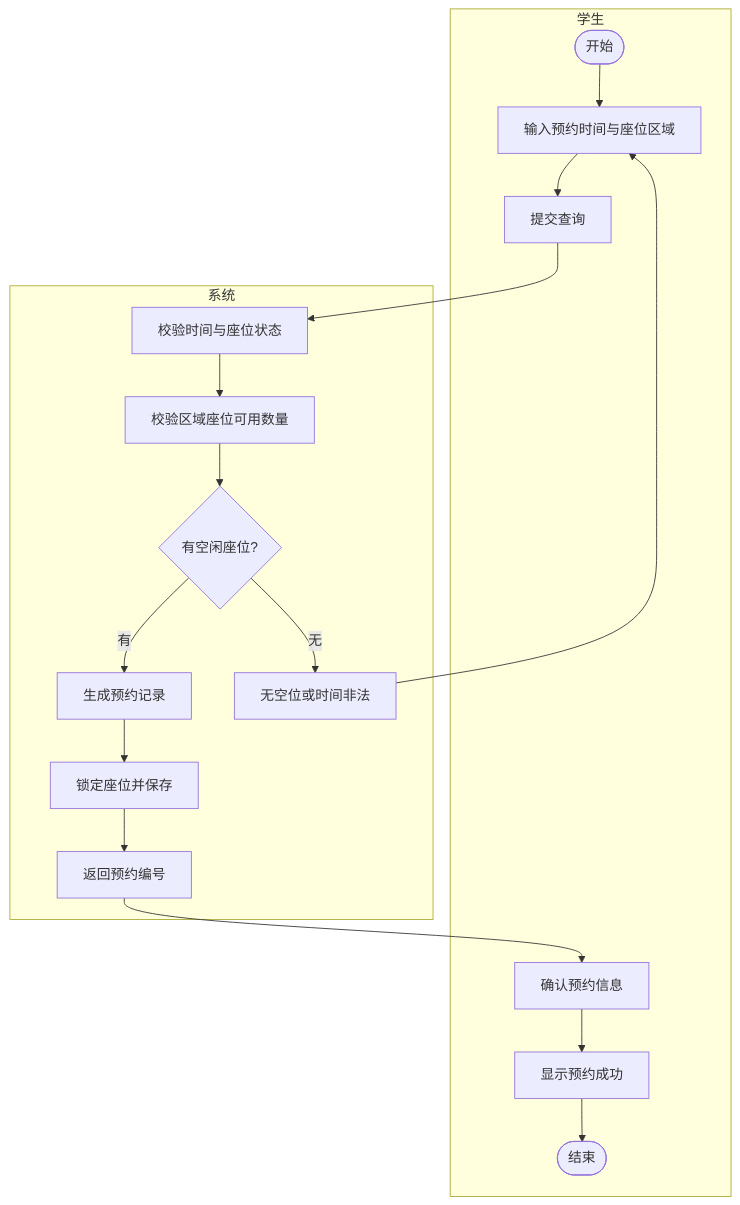
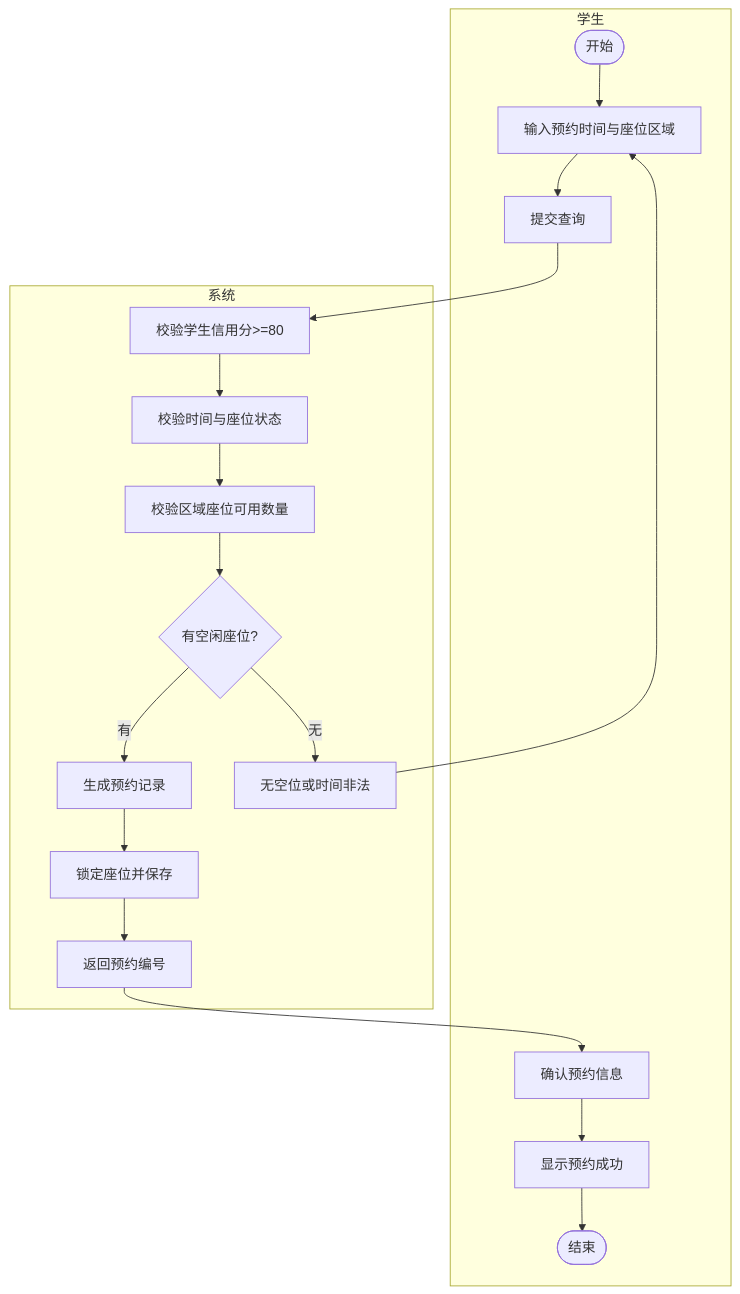
One commit to STU-team/Study_Room_Reservation changed the diagram in docs/reports/CIM建模说明.md. Above: the diagram before and after it, drawn with Mermaid. The commit also changed other lines of this file and 5 other files, not shown here.

````diff
--- a/docs/reports/CIM建模说明.md
+++ b/docs/reports/CIM建模说明.md
@@ -45,20 +45,21 @@
 ```mermaid
 graph TD
     subgraph STU["学生"]
         S(["开始"]) --> A1["输入预约时间与座位区域"]
         A1 --> A2["提交查询"]
         A6["确认预约信息"] --> A7["显示预约成功"]
         A7 --> E(["结束"])
     end
     subgraph SYS["系统"]
-        B1["校验时间与座位状态"] --> B2["校验区域座位可用数量"]
+        B0["校验学生信用分>=80"] --> B1["校验时间与座位状态"]
+        B1 --> B2["校验区域座位可用数量"]
         B2 --> D{"有空闲座位?"}
         D -->|有| B3["生成预约记录"]
         B3 --> B4["锁定座位并保存"]
         B4 --> B5["返回预约编号"]
         D -->|无| B6["无空位或时间非法"]
     end
-    A2 --> B1
+    A2 --> B0
     B6 --> A1
     B5 --> A6
 ```
````
